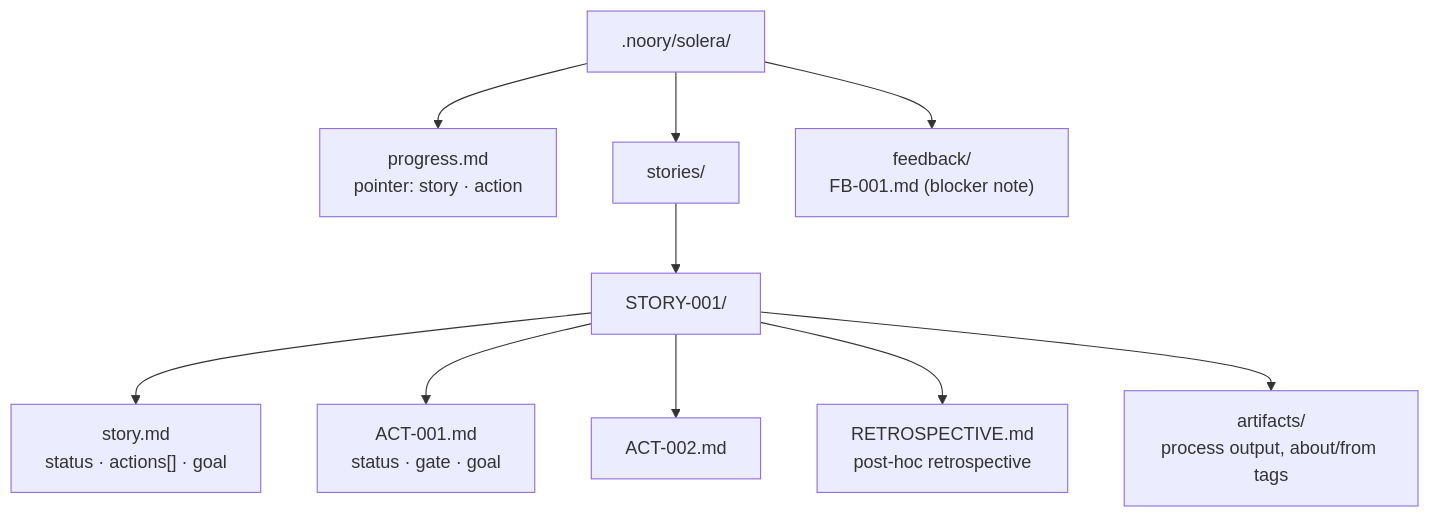
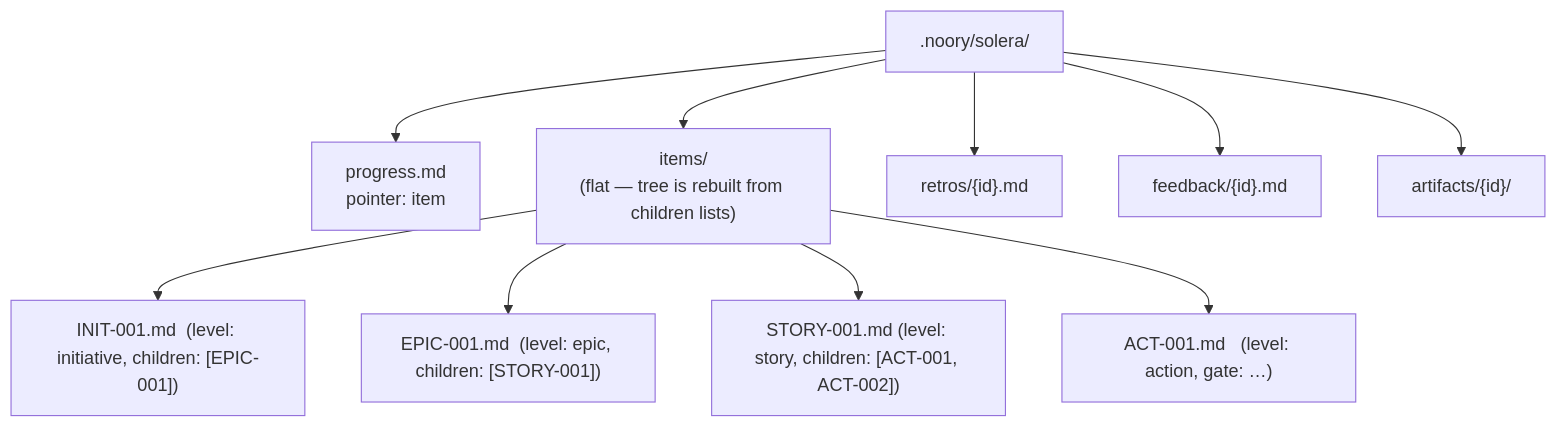
The third of 3 diagrams in solera/docs/SPEC.md (noory-code/noory-ai), drawn with Mermaid before and after one commit. The commit also changed other lines of this file and 32 other files, not shown here.

````diff
--- a/solera/docs/SPEC.md
+++ b/solera/docs/SPEC.md
@@ -72,12 +86,12 @@
 ```mermaid
 flowchart TD
-    R[".noory/solera/"] --> P["progress.md<br/>pointer: story · action"]
-    R --> ST["stories/"]
-    R --> FB["feedback/<br/>FB-001.md (blocker note)"]
-    ST --> S1["STORY-001/"]
-    S1 --> SM["story.md<br/>status · actions[] · goal"]
-    S1 --> A1["ACT-001.md<br/>status · gate · goal"]
-    S1 --> A2["ACT-002.md"]
-    S1 --> RT["RETROSPECTIVE.md<br/>post-hoc retrospective"]
-    S1 --> AR["artifacts/<br/>process output, about/from tags"]
+    R[".noory/solera/"] --> P["progress.md<br/>pointer: item"]
+    R --> I["items/<br/>(flat — tree is rebuilt from children lists)"]
+    R --> R2["retros/{id}.md"]
+    R --> FB["feedback/{id}.md"]
+    R --> AR["artifacts/{id}/"]
+    I --> I1["INIT-001.md  (level: initiative, children: [EPIC-001])"]
+    I --> I2["EPIC-001.md  (level: epic, children: [STORY-001])"]
+    I --> I3["STORY-001.md (level: story, children: [ACT-001, ACT-002])"]
+    I --> I4["ACT-001.md   (level: action, gate: …)"]
 ```
````
